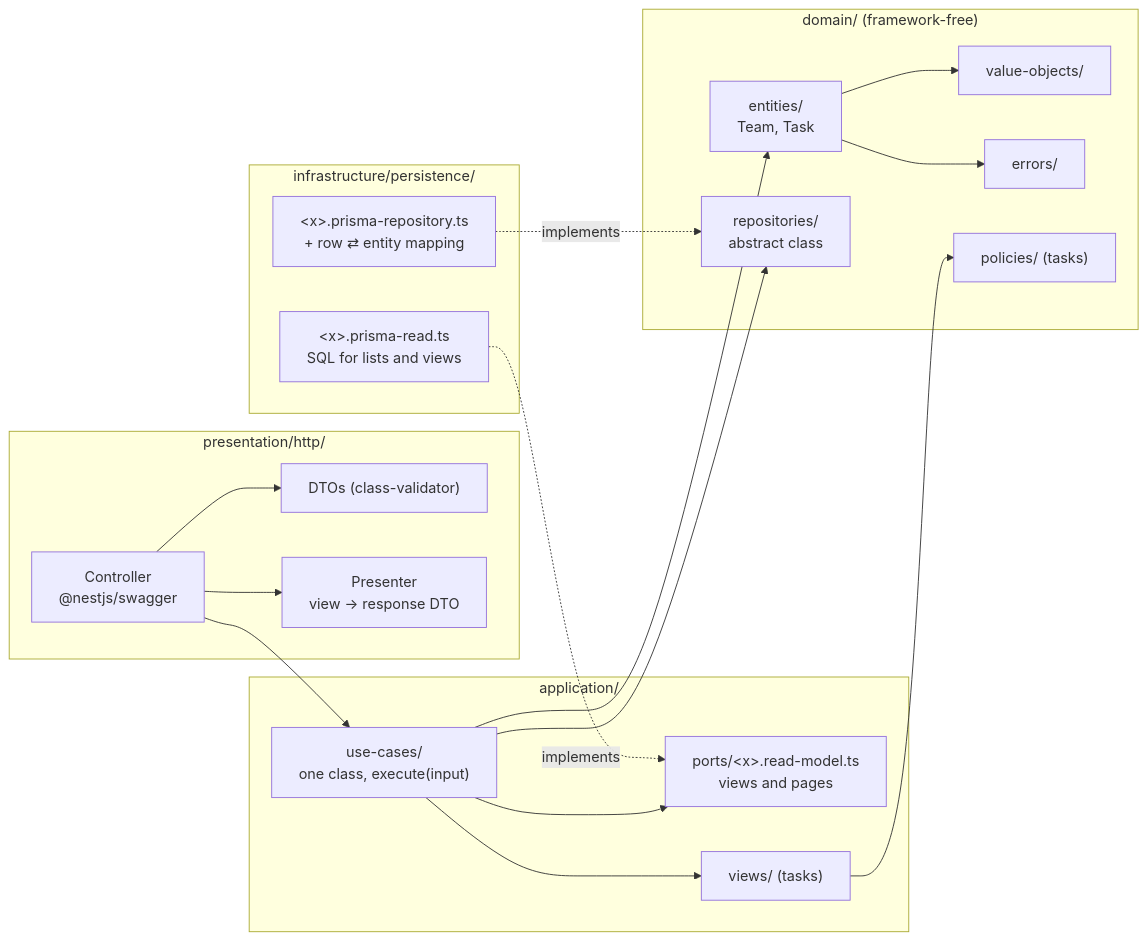
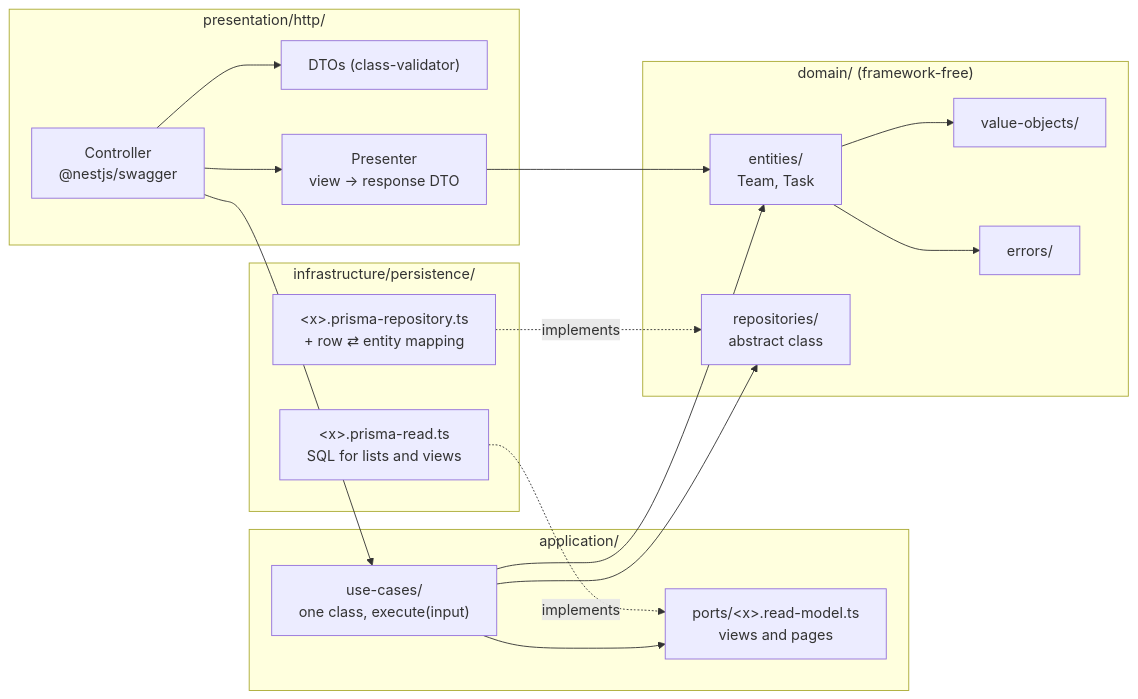
One commit to rodriguesdenis/hitss changed the third of 4 diagrams in docs/architecture/overview.md. Above: the diagram before and after it, drawn with Mermaid. The commit also changed other lines of this file and 40 other files, not shown here.

First line of the commit message:
refactor(api): fewer files in tasks: entity rules, no views, no mapper

````diff
--- a/docs/architecture/overview.md
+++ b/docs/architecture/overview.md
@@ -64,37 +64,34 @@
 ```mermaid
 flowchart LR
   subgraph presentation["presentation/http/"]
     ctrl["Controller<br/>@nestjs/swagger"]
     dto["DTOs (class-validator)"]
     pres["Presenter<br/>view → response DTO"]
   end
   subgraph application["application/"]
     uc["use-cases/<br/>one class, execute(input)"]
     rm["ports/&lt;x&gt;.read-model.ts<br/>views and pages"]
-    views["views/ (tasks)"]
   end
   subgraph domain["domain/ (framework-free)"]
     ent["entities/<br/>Team, Task"]
     vo["value-objects/"]
     err["errors/"]
-    pol["policies/ (tasks)"]
     repo["repositories/<br/>abstract class"]
   end
   subgraph infrastructure["infrastructure/persistence/"]
     prepo["&lt;x&gt;.prisma-repository.ts<br/>+ row ⇄ entity mapping"]
     pread["&lt;x&gt;.prisma-read.ts<br/>SQL for lists and views"]
   end
 
   ctrl --> dto
   ctrl --> uc
   ctrl --> pres
+  pres --> ent
   uc --> ent
   uc --> repo
   uc --> rm
-  uc --> views
   ent --> vo
   ent --> err
-  views --> pol
   prepo -. "implements" .-> repo
   pread -. "implements" .-> rm
 ```
````
